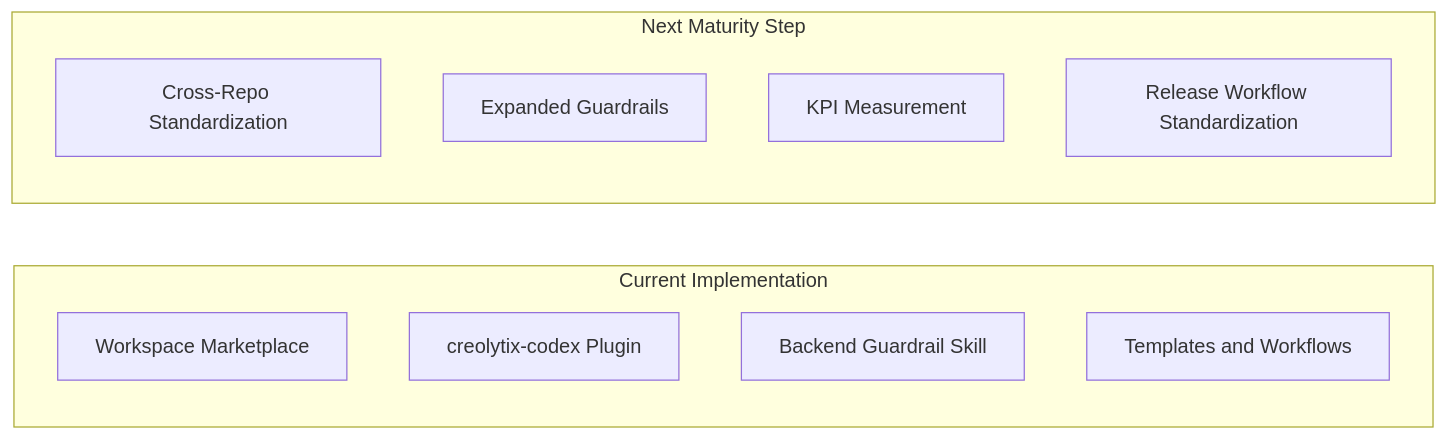
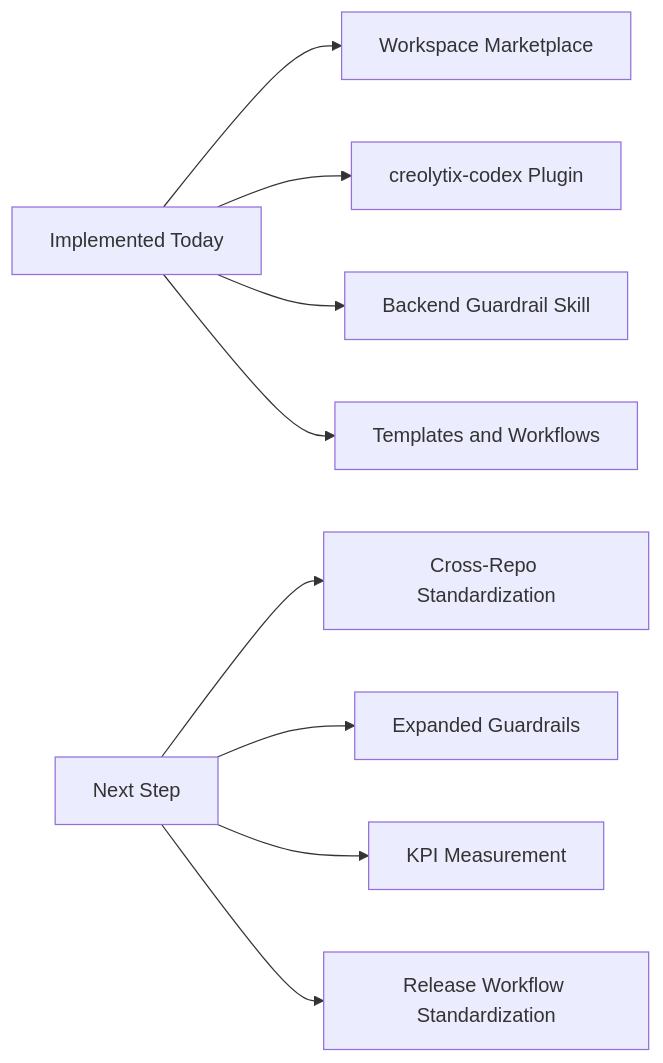
One commit to refat-asadullah-creolytix-dev/refat-asadullah-creolytix-dev changed diagram 11 of 15 in creolytix-ai-delivery-model-github-safe.md. Above: the diagram before and after it, drawn with Mermaid. The commit also changed other lines of this file, not shown here.

````diff
--- a/creolytix-ai-delivery-model-github-safe.md
+++ b/creolytix-ai-delivery-model-github-safe.md
@@ -316,16 +317,14 @@
 ```mermaid
 flowchart LR
-    subgraph A[Current Implementation]
-        A1[Workspace Marketplace]
-        A2[creolytix-codex Plugin]
-        A3[Backend Guardrail Skill]
-        A4[Templates and Workflows]
-    end
+    A[Implemented Today]
+    A --> A1[Workspace Marketplace]
+    A --> A2[creolytix-codex Plugin]
+    A --> A3[Backend Guardrail Skill]
+    A --> A4[Templates and Workflows]
 
-    subgraph B[Next Maturity Step]
-        B1[Cross-Repo Standardization]
-        B2[Expanded Guardrails]
-        B3[KPI Measurement]
-        B4[Release Workflow Standardization]
-    end
+    B[Next Step]
+    B --> B1[Cross-Repo Standardization]
+    B --> B2[Expanded Guardrails]
+    B --> B3[KPI Measurement]
+    B --> B4[Release Workflow Standardization]
 ```
````
